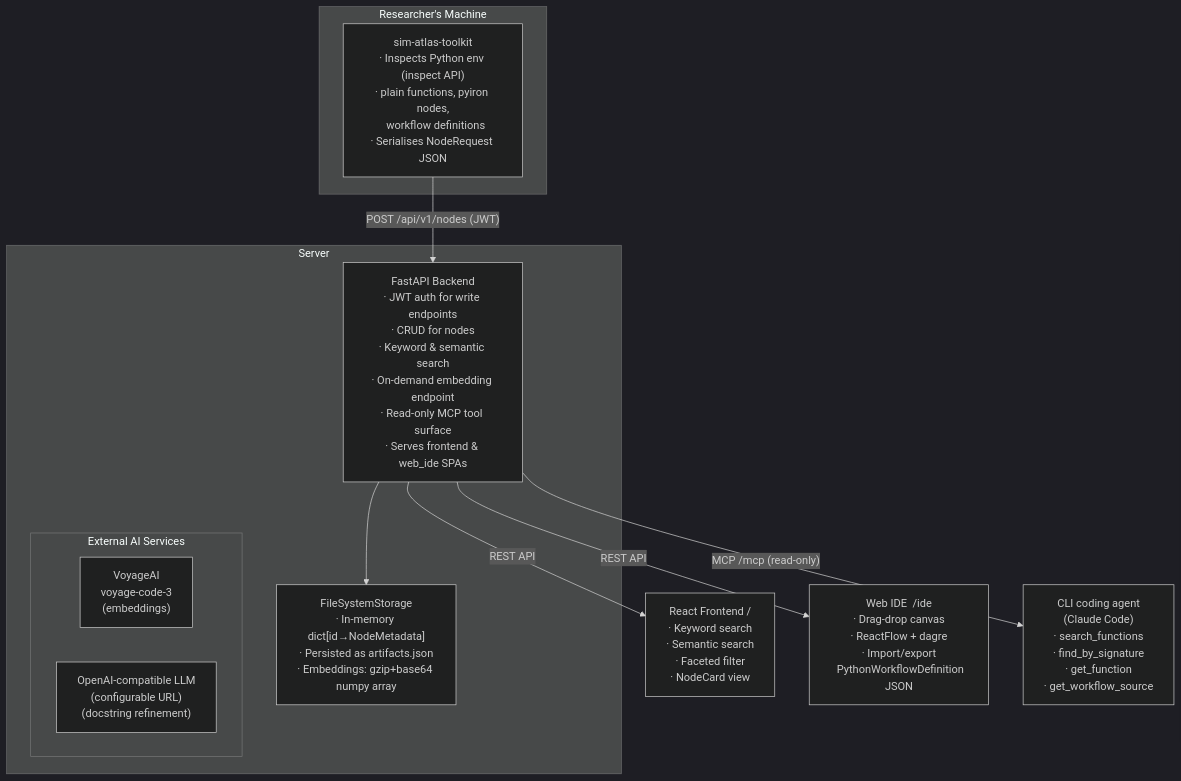
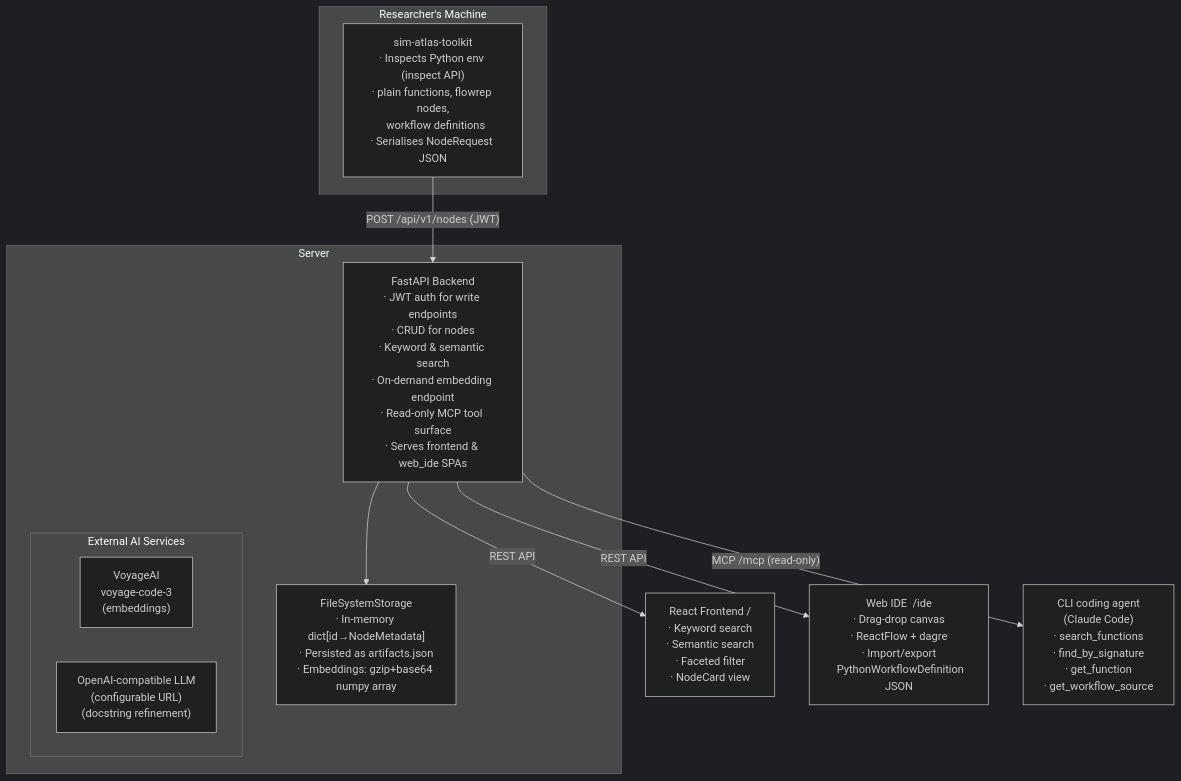
The first of 3 diagrams in docs/architecture.md (XzzX/sim_atlas), drawn with Mermaid (dark theme) before and after one commit. The commit also changed other lines of this file and 7 other files, not shown here.

````diff
--- a/docs/architecture.md
+++ b/docs/architecture.md
@@ -54,25 +54,25 @@
 ```mermaid
 flowchart TD
     subgraph RM["Researcher's Machine"]
-        T["sim-atlas-toolkit<br/>· Inspects Python env (inspect API)<br/>· plain functions, pyiron nodes,<br/>  workflow definitions<br/>· Serialises NodeRequest JSON"]
+        T["sim-atlas-toolkit<br/>· Inspects Python env (inspect API)<br/>· plain functions, flowrep nodes,<br/>  workflow definitions<br/>· Serialises NodeRequest JSON"]
     end
 
     subgraph SRV["Server"]
         B["FastAPI Backend<br/>· JWT auth for write endpoints<br/>· CRUD for nodes<br/>· Keyword & semantic search<br/>· On-demand embedding endpoint<br/>· Read-only MCP tool surface<br/>· Serves frontend & web_ide SPAs"]
         FS["FileSystemStorage<br/>· In-memory dict[id→NodeMetadata]<br/>· Persisted as artifacts.json<br/>· Embeddings: gzip+base64 numpy array"]
         subgraph AI["External AI Services"]
             V["VoyageAI<br/>voyage-code-3<br/>(embeddings)"]
             L["OpenAI-compatible LLM<br/>(configurable URL)<br/>(docstring refinement)"]
         end
     end
 
     F["React Frontend  /<br/>· Keyword search<br/>· Semantic search<br/>· Faceted filter<br/>· NodeCard view"]
     W["Web IDE  /ide<br/>· Drag-drop canvas<br/>· ReactFlow + dagre<br/>· Import/export<br/>  PythonWorkflowDefinition JSON"]
     C["CLI coding agent<br/>(Claude Code)<br/>· search_functions<br/>· find_by_signature<br/>· get_function<br/>· get_workflow_source"]
 
     T -->|"POST /api/v1/nodes  (JWT)"| B
     B --> FS
     B -->|"REST API"| F
     B -->|"REST API"| W
     B -->|"MCP  /mcp  (read-only)"| C
 ```
````
